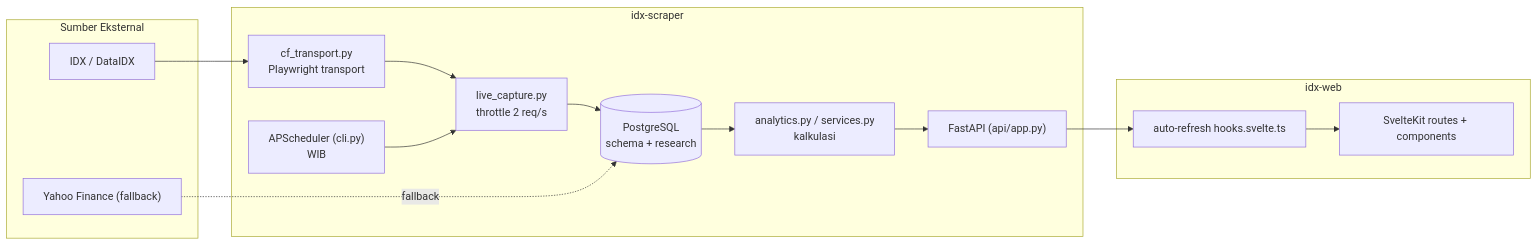
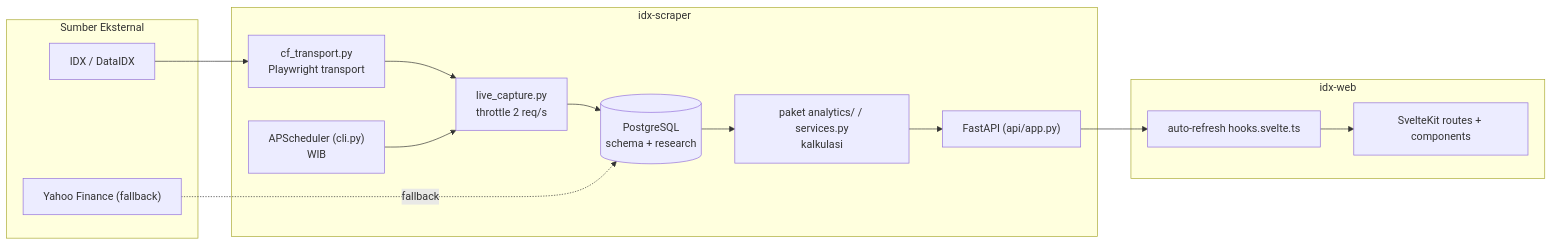
The first of 7 diagrams in docs/README.md (faizalajiw/idx-web), drawn with Mermaid before and after one commit. The commit also changed other lines of this file and 16 other files, not shown here.

````diff
--- a/docs/README.md
+++ b/docs/README.md
@@ -18,24 +18,24 @@
 ```mermaid
 flowchart LR
     subgraph ext["Sumber Eksternal"]
       IDX["IDX / DataIDX"]
       YF["Yahoo Finance (fallback)"]
     end
     subgraph scrap["idx-scraper"]
       CF["cf_transport.py<br/>Playwright transport"]
       LIVE["live_capture.py<br/>throttle 2 req/s"]
       SCH["APScheduler (cli.py)<br/>WIB"]
       API["FastAPI (api/app.py)"]
-      ANA["analytics.py / services.py<br/>kalkulasi"]
+      ANA["paket analytics/ / services.py<br/>kalkulasi"]
       PG[("PostgreSQL<br/>schema + research")]
     end
     subgraph web["idx-web"]
       auto-refresh["auto-refresh hooks.svelte.ts"]
       UI["SvelteKit routes + components"]
     end
     IDX --> CF --> LIVE --> PG
     YF -.fallback.-> PG
     SCH --> LIVE
     PG --> ANA --> API
     API --> auto-refresh --> UI
 ```
````
